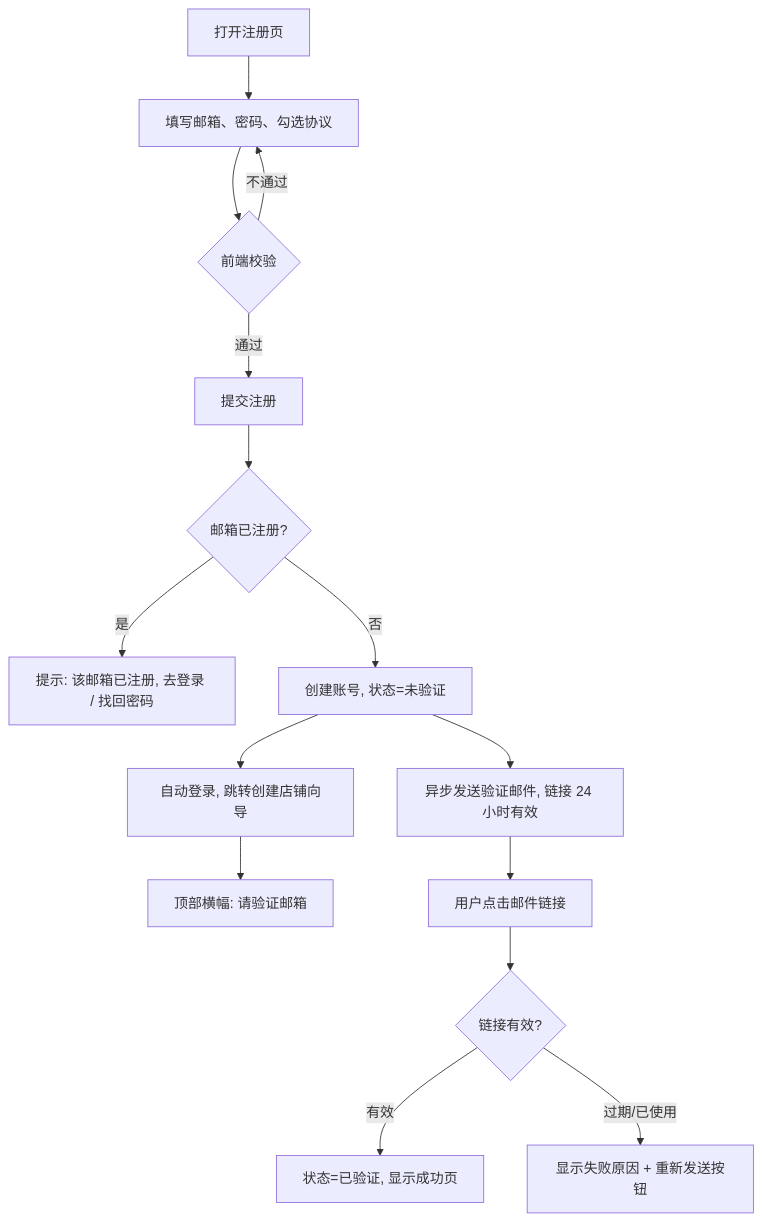
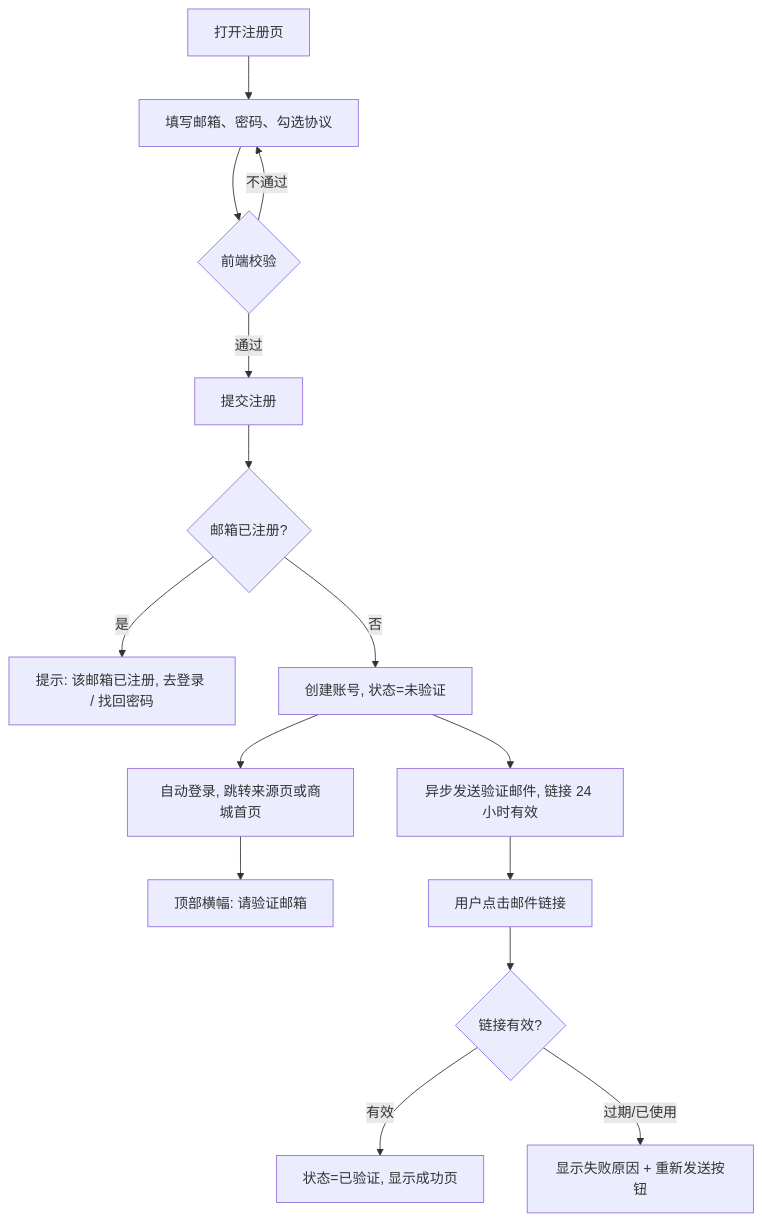
The first of 4 diagrams in docs/prd/01-auth.md (star132-bot/MkClou), drawn with Mermaid before and after one commit. The commit also changed other lines of this file and 8 other files, not shown here.

````diff
--- a/docs/prd/01-auth.md
+++ b/docs/prd/01-auth.md
@@ -28,17 +28,17 @@
 ```mermaid
 flowchart TD
     A[打开注册页] --> B[填写邮箱、密码、勾选协议]
     B --> C{前端校验}
     C -- 不通过 --> B
     C -- 通过 --> D[提交注册]
     D --> E{邮箱已注册?}
     E -- 是 --> F[提示: 该邮箱已注册, 去登录 / 找回密码]
     E -- 否 --> G[创建账号, 状态=未验证]
     G --> H[异步发送验证邮件, 链接 24 小时有效]
-    G --> I[自动登录, 跳转创建店铺向导]
+    G --> I[自动登录, 跳转来源页或商城首页]
     I --> J[顶部横幅: 请验证邮箱]
     H --> K[用户点击邮件链接]
     K --> L{链接有效?}
     L -- 有效 --> M[状态=已验证, 显示成功页]
     L -- 过期/已使用 --> N[显示失败原因 + 重新发送按钮]
 ```
````
